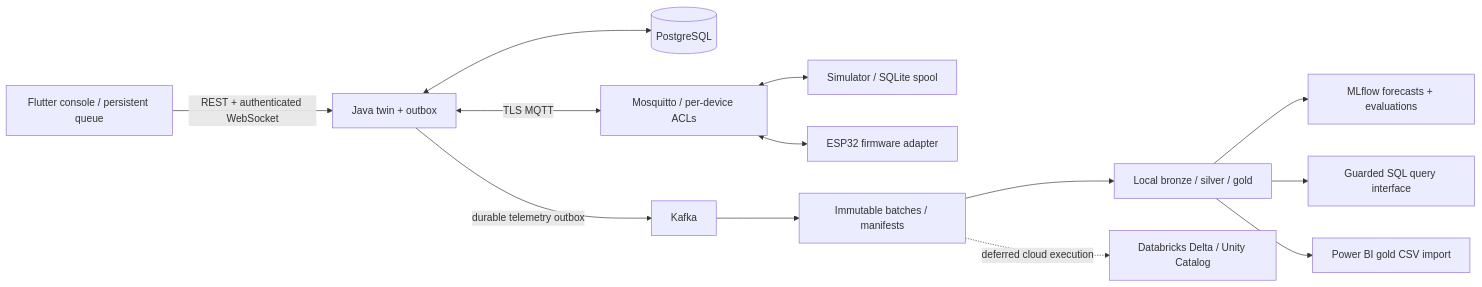
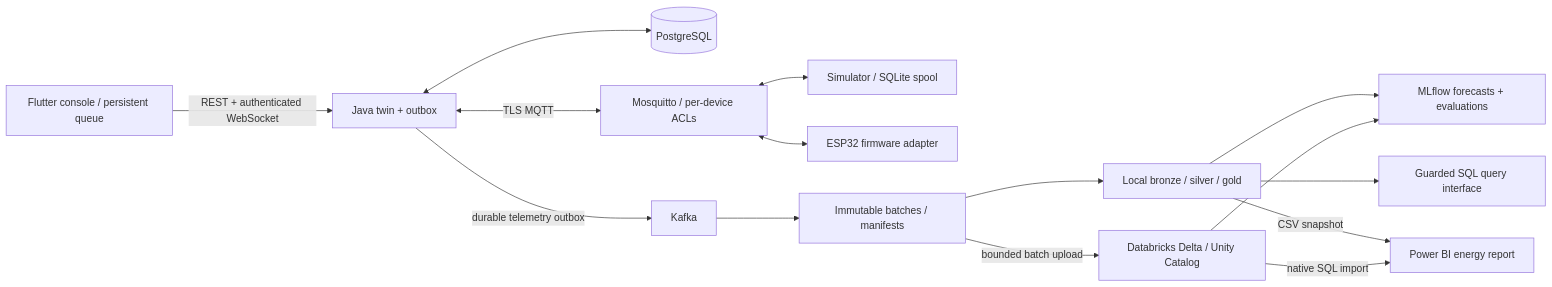
The diagram in docs/ARCHITECTURE.md (pes1ug23am910/appliance-energy), drawn with Mermaid before and after one commit. The commit also changed other lines of this file and 44 other files, not shown here.

````diff
--- a/docs/ARCHITECTURE.md
+++ b/docs/ARCHITECTURE.md
@@ -3,15 +3,17 @@
 ```mermaid
 flowchart LR
   U[Flutter console / persistent queue] -->|REST + authenticated WebSocket| B[Java twin + outbox]
   B <--> P[(PostgreSQL)]
   B <-->|TLS MQTT| M[Mosquitto / per-device ACLs]
   M <--> D[Simulator / SQLite spool]
   M <--> F[ESP32 firmware adapter]
   B -->|durable telemetry outbox| K[Kafka]
   K --> X[Immutable batches / manifests]
   X --> L[Local bronze / silver / gold]
-  X -. deferred cloud execution .-> C[Databricks Delta / Unity Catalog]
+  X -->|bounded batch upload| C[Databricks Delta / Unity Catalog]
   L --> R[MLflow forecasts + evaluations]
   L --> Q[Guarded SQL query interface]
-  L --> V[Power BI gold CSV import]
+  L -->|CSV snapshot| V[Power BI energy report]
+  C -->|native SQL import| V
+  C --> R
 ```
````
